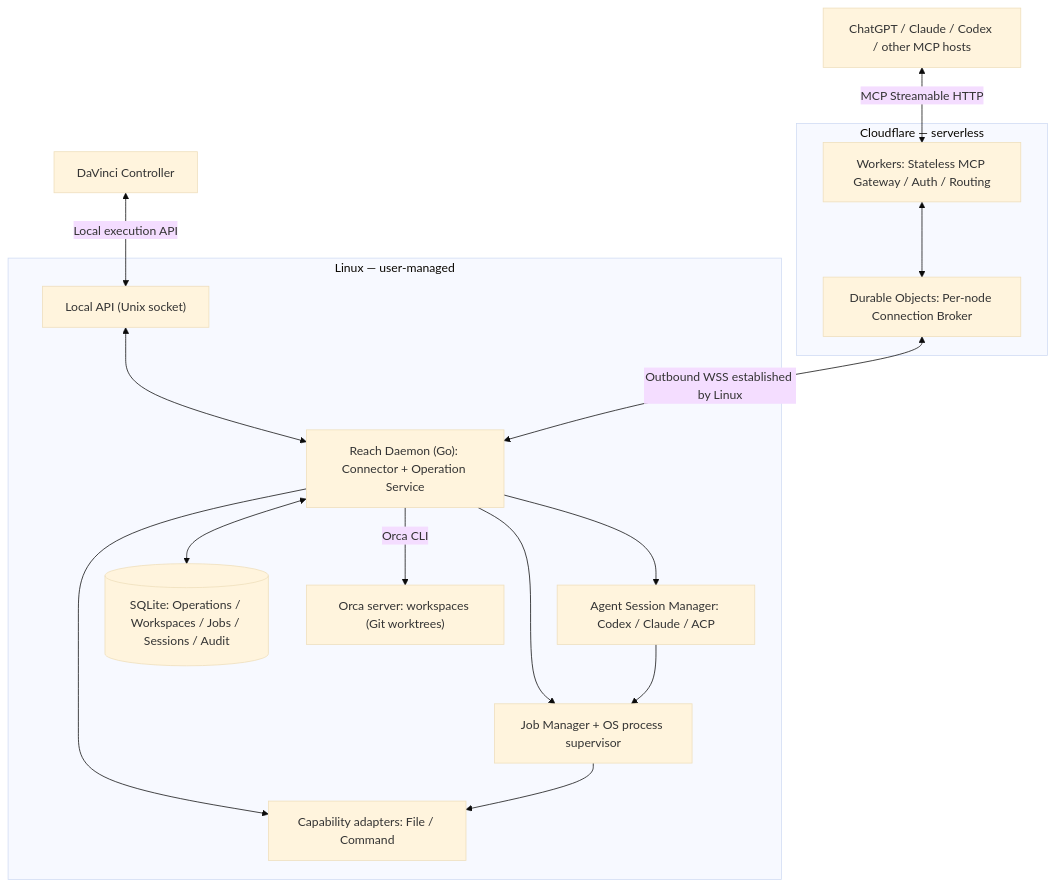
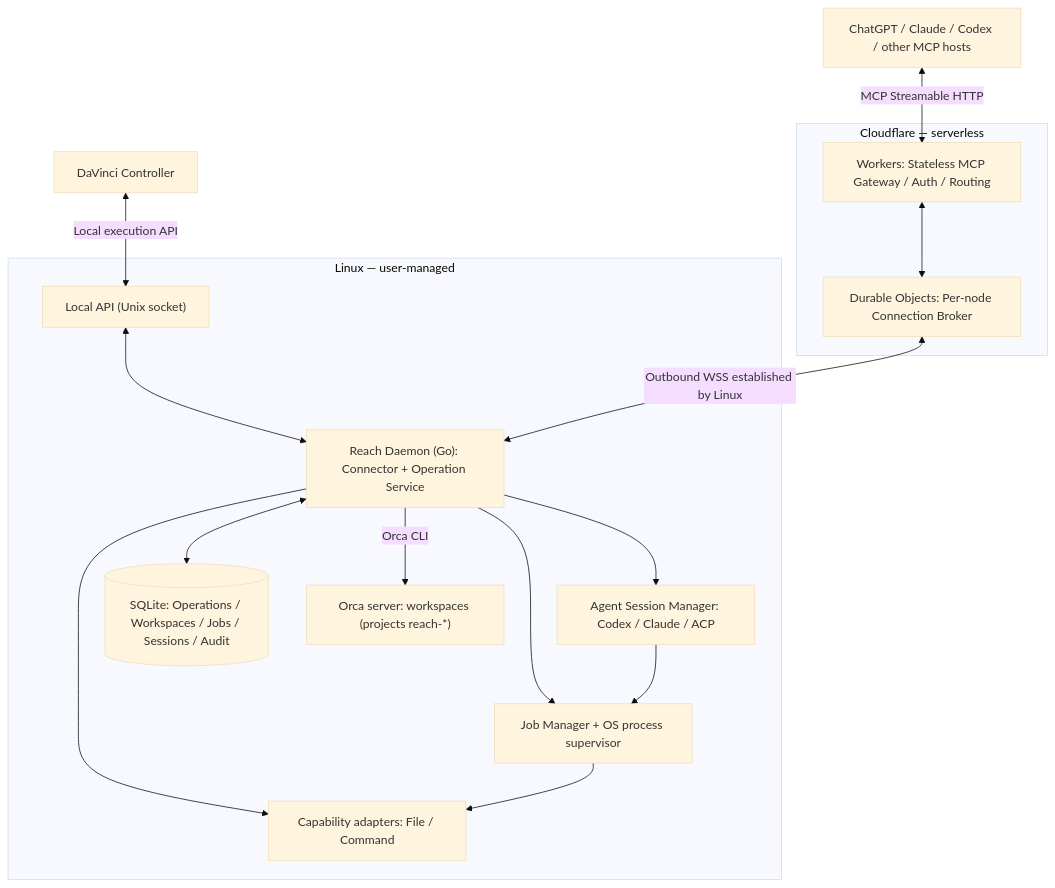
Before and after one commit to takezoh/syntoria-reach: the first of 2 diagrams in ARCHITECTURE.md, drawn with Mermaid (base theme). The commit also changed other lines of this file and 32 other files, not shown here.

```diff
--- a/ARCHITECTURE.md
+++ b/ARCHITECTURE.md
@@ -29,30 +29,30 @@
 ~~~mermaid
 flowchart TB
     Clients["ChatGPT / Claude / Codex / other MCP hosts"]
     DaVinci["DaVinci Controller"]
     subgraph CF["Cloudflare — serverless"]
         GW["Workers: Stateless MCP Gateway / Auth / Routing"]
         BR["Durable Objects: Per-node Connection Broker"]
         GW <--> BR
     end
     subgraph Host["Linux — user-managed"]
         REACH["Reach Daemon (Go): Connector + Operation Service"]
         LOCAL["Local API (Unix socket)"]
         CAP["Capability adapters: File / Command"]
         PROC["Agent Session Manager: Codex / Claude / ACP"]
         JOB["Job Manager + OS process supervisor"]
         ST[("SQLite: Operations / Workspaces / Jobs / Sessions / Audit")]
-        ORCA["Orca server: workspaces (Git worktrees)"]
+        ORCA["Orca server: workspaces (projects reach-*)"]
         LOCAL <--> REACH
         REACH --> CAP
         REACH --> JOB
         REACH --> PROC
         REACH <--> ST
         REACH -->|"Orca CLI"| ORCA
         PROC --> JOB
         JOB --> CAP
     end
     Clients <-->|"MCP Streamable HTTP"| GW
     BR <-->|"Outbound WSS established by Linux"| REACH
     DaVinci <-->|"Local execution API"| LOCAL
 ~~~
```
